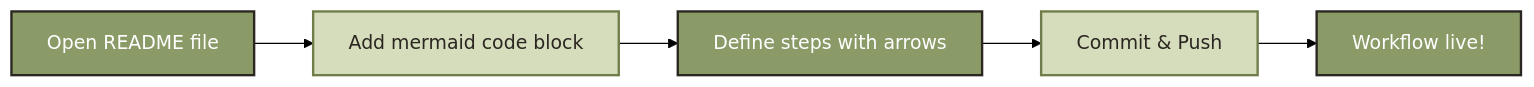
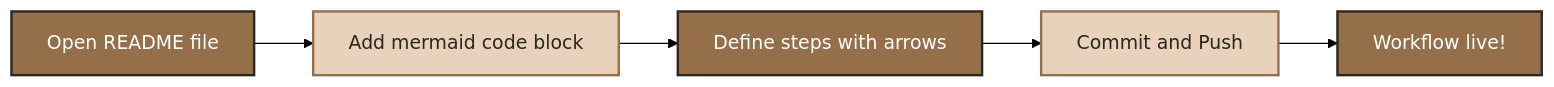
Before and after one commit to SHAKEELYOUSAF/README_file_styling: the third of 5 diagrams in README.md, drawn with Mermaid (forest theme). The commit also changed other lines of this file, not shown here.

Commit message:
Update README for animated header and workflow diagrams

````diff
--- a/README.md
+++ b/README.md
@@ -119,11 +131,11 @@
 ```mermaid
 flowchart LR
     A[Open README file] --> B[Add mermaid code block]
     B --> C[Define steps with arrows]
-    D[Commit & Push] --> E[Workflow live!]
+    D[Commit and Push] --> E[Workflow live!]
     C --> D
-classDef screen fill:#8a9b68,color:#ffffff,stroke:#2b2620,stroke-width:2px;
-	classDef action fill:#d5ddbc,color:#2b2620,stroke:#6f7d4a,stroke-width:2px;
-	class A,C,E screen;
-	class B,D action;
+classDef screen fill:#946f4a,color:#ffffff,stroke:#2b2620,stroke-width:2px;
+classDef action fill:#e8d2bc,color:#2b2620,stroke:#946f4a,stroke-width:2px;
+class A,C,E screen;
+class B,D action;
 ```
````
